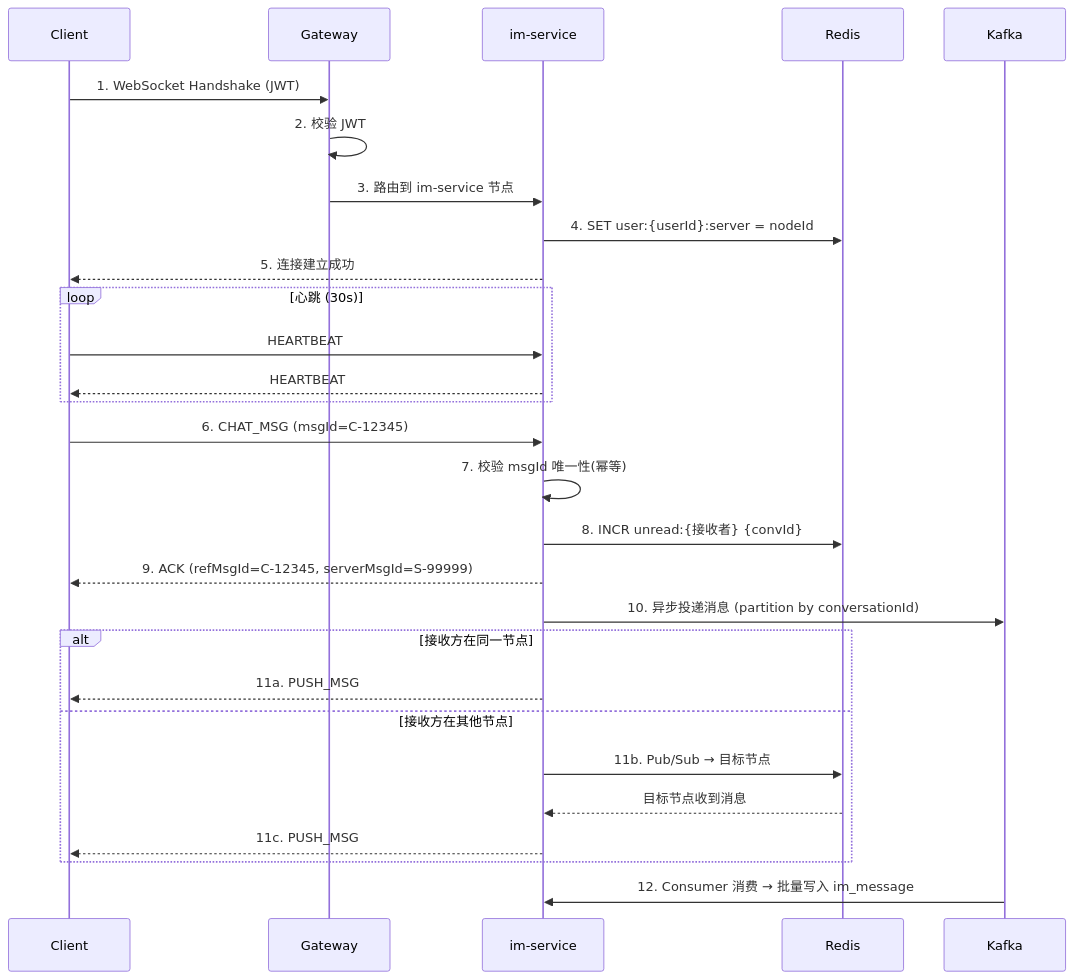
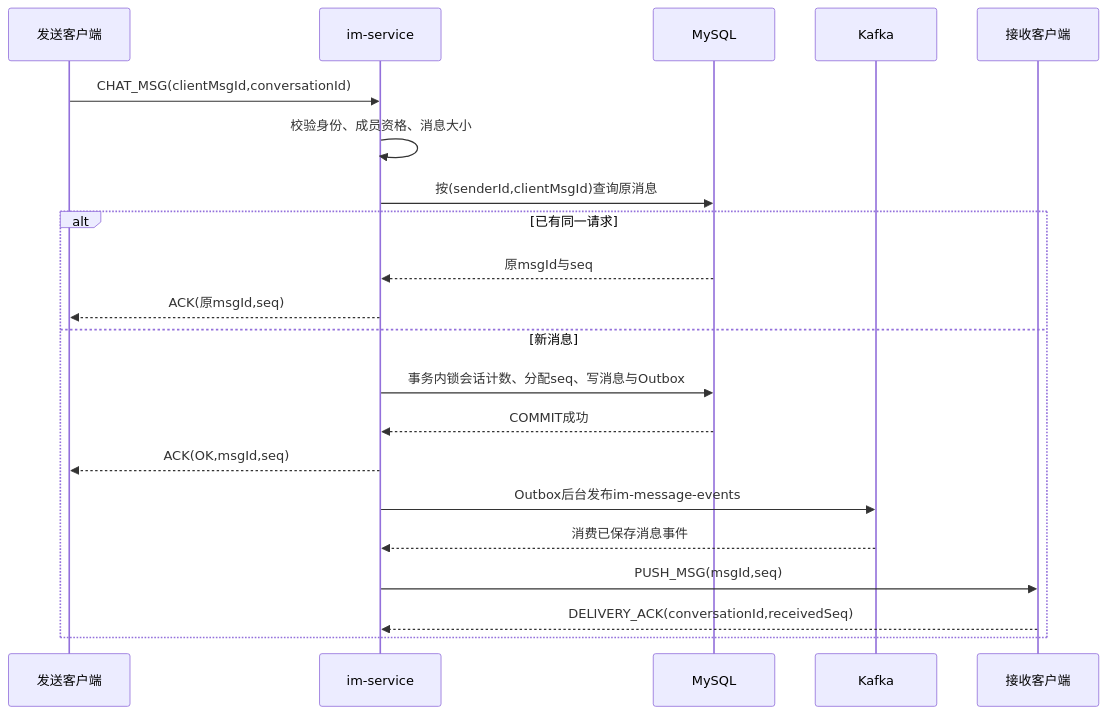
Before and after one commit to Misaki-Akeno/campus-collab-platform: the third of 6 diagrams in docs/校园社团协作平台-技术架构与项目白皮书.md, drawn with Mermaid. The commit also changed other lines of this file and 42 other files, not shown here.

````diff
--- a/docs/校园社团协作平台-技术架构与项目白皮书.md
+++ b/docs/校园社团协作平台-技术架构与项目白皮书.md
@@ -1261,35 +591,23 @@
 ```mermaid
 sequenceDiagram
-    participant C as Client
-    participant GW as Gateway
+    participant C as 发送客户端
     participant IM as im-service
-    participant R as Redis
+    participant DB as MySQL
     participant K as Kafka
-
-    C->>GW: 1. WebSocket Handshake (JWT)
-    GW->>GW: 2. 校验 JWT
-    GW->>IM: 3. 路由到 im-service 节点
-    IM->>R: 4. SET user:{userId}:server = nodeId
-    IM-->>C: 5. 连接建立成功
-
-    loop 心跳 (30s)
-        C->>IM: HEARTBEAT
-        IM-->>C: HEARTBEAT
+    participant P as 接收客户端
+    C->>IM: CHAT_MSG(clientMsgId,conversationId)
+    IM->>IM: 校验身份、成员资格、消息大小
+    IM->>DB: 按(senderId,clientMsgId)查询原消息
+    alt 已有同一请求
+        DB-->>IM: 原msgId与seq
+        IM-->>C: ACK(原msgId,seq)
+    else 新消息
+        IM->>DB: 事务内锁会话计数、分配seq、写消息与Outbox
+        DB-->>IM: COMMIT成功
+        IM-->>C: ACK(OK,msgId,seq)
+        IM->>K: Outbox后台发布im-message-events
+        K-->>IM: 消费已保存消息事件
+        IM->>P: PUSH_MSG(msgId,seq)
+        P-->>IM: DELIVERY_ACK(conversationId,receivedSeq)
     end
-
-    C->>IM: 6. CHAT_MSG (msgId=C-12345)
-    IM->>IM: 7. 校验 msgId 唯一性(幂等)
-    IM->>R: 8. INCR unread:{接收者} {convId}
-    IM-->>C: 9. ACK (refMsgId=C-12345, serverMsgId=S-99999)
-    IM->>K: 10. 异步投递消息 (partition by conversationId)
-
-    alt 接收方在同一节点
-        IM-->>C: 11a. PUSH_MSG
-    else 接收方在其他节点
-        IM->>R: 11b. Pub/Sub → 目标节点
-        R-->>IM: 目标节点收到消息
-        IM-->>C: 11c. PUSH_MSG
-    end
-
-    K->>IM: 12. Consumer 消费 → 批量写入 im_message
 ```
````
